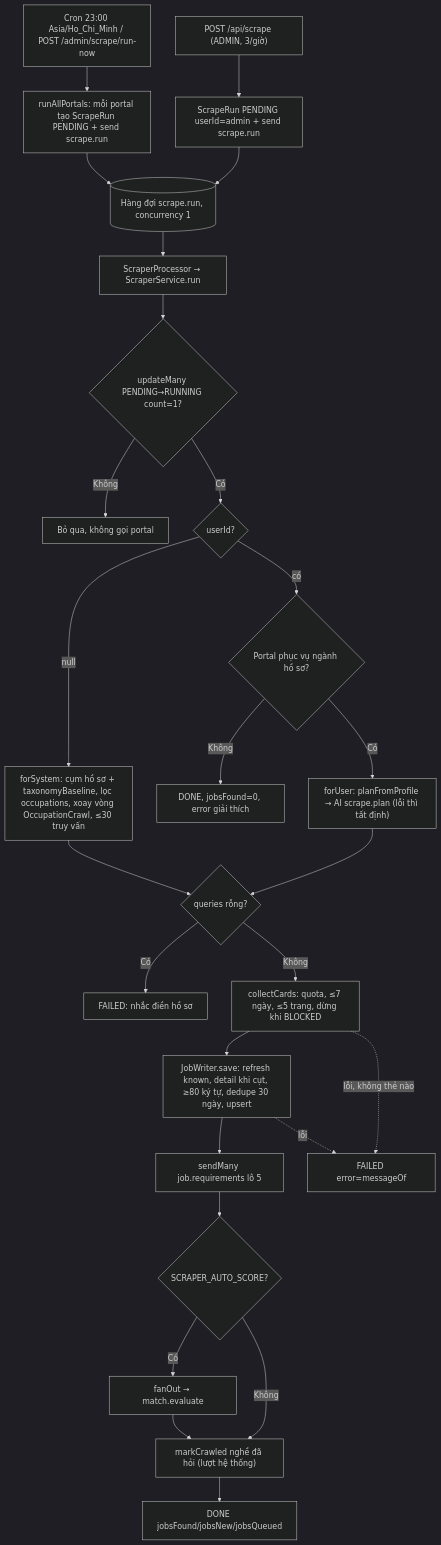
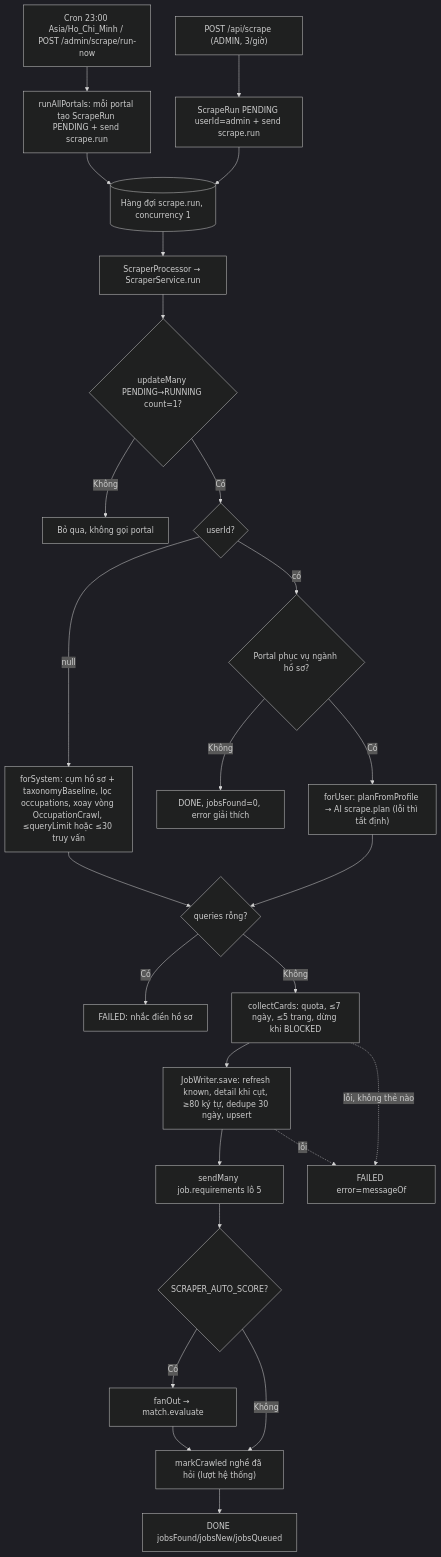
The first of 4 diagrams in docs/business-flows/modules/job-scraping.md (BuiThienHoang221204/ai-job-search), drawn with Mermaid (dark theme) before and after one commit. The commit also changed other lines of this file and 11 other files, not shown here.

First line of the commit message:
refactor: add per-portal queryLimit and ZenRows fallback for TopCV

````diff
--- a/docs/business-flows/modules/job-scraping.md
+++ b/docs/business-flows/modules/job-scraping.md
@@ -209,28 +209,28 @@
 ```mermaid
 flowchart TD
     C["Cron 23:00 Asia/Ho_Chi_Minh / POST /admin/scrape/run-now"] --> RA["runAllPortals: mỗi portal tạo ScrapeRun PENDING + send scrape.run"]
     M["POST /api/scrape (ADMIN, 3/giờ)"] --> RU["ScrapeRun PENDING userId=admin + send scrape.run"]
     RA --> Q[("Hàng đợi scrape.run, concurrency 1")]
     RU --> Q
     Q --> W["ScraperProcessor → ScraperService.run"]
     W --> CL{"updateMany PENDING→RUNNING count=1?"}
     CL -- Không --> SK["Bỏ qua, không gọi portal"]
     CL -- Có --> PL{"userId?"}
-    PL -- "null" --> SYS["forSystem: cụm hồ sơ + taxonomyBaseline, lọc occupations, xoay vòng OccupationCrawl, ≤30 truy vấn"]
+    PL -- "null" --> SYS["forSystem: cụm hồ sơ + taxonomyBaseline, lọc occupations, xoay vòng OccupationCrawl, ≤queryLimit hoặc ≤30 truy vấn"]
     PL -- "có" --> GATE{"Portal phục vụ ngành hồ sơ?"}
     GATE -- Không --> DSK["DONE, jobsFound=0, error giải thích"]
     GATE -- Có --> USR["forUser: planFromProfile → AI scrape.plan (lỗi thì tất định)"]
     SYS --> EQ{"queries rỗng?"}
     USR --> EQ
     EQ -- Có --> FL["FAILED: nhắc điền hồ sơ"]
     EQ -- Không --> CC["collectCards: quota, ≤7 ngày, ≤5 trang, dừng khi BLOCKED"]
     CC --> JW["JobWriter.save: refresh known, detail khi cụt, ≥80 ký tự, dedupe 30 ngày, upsert"]
     JW --> RQ["sendMany job.requirements lô 5"]
     RQ --> AS{"SCRAPER_AUTO_SCORE?"}
     AS -- Có --> FO["fanOut → match.evaluate"]
     AS -- Không --> MK
     FO --> MK["markCrawled nghề đã hỏi (lượt hệ thống)"]
     MK --> DN["DONE jobsFound/jobsNew/jobsQueued"]
     CC -. "lỗi, không thẻ nào" .-> FX["FAILED error=messageOf"]
     JW -. "lỗi" .-> FX
 ```
````
